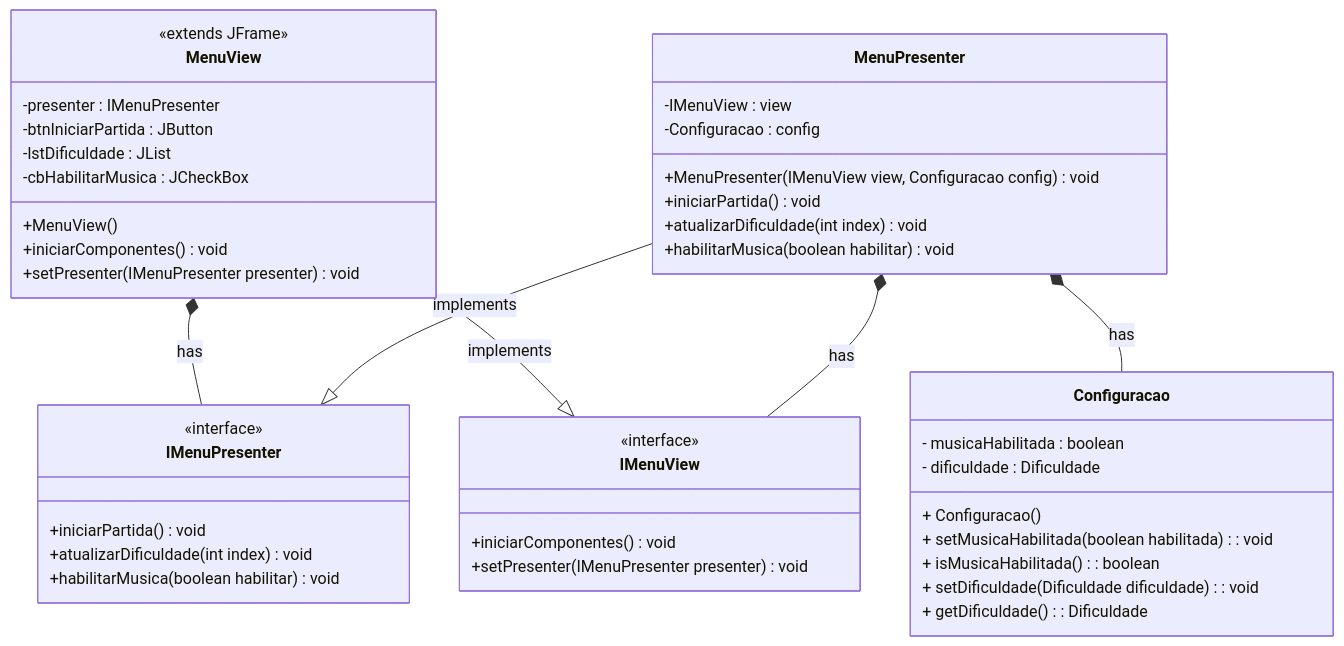
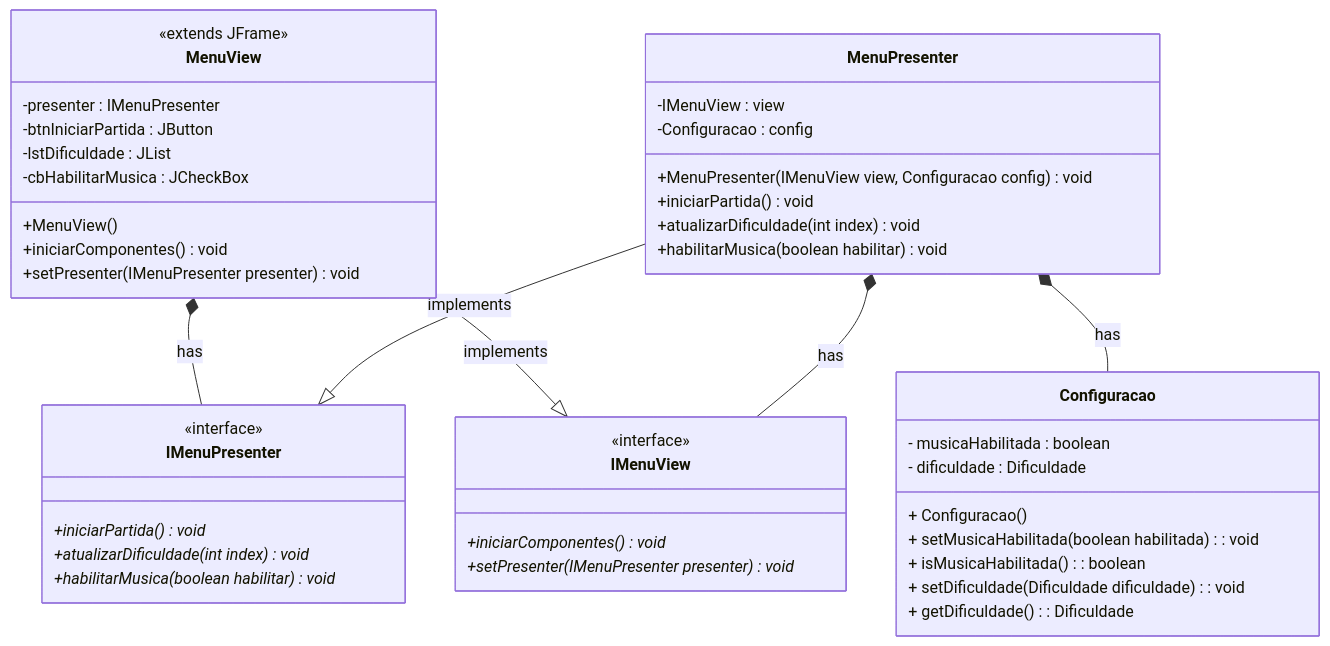
Before and after one commit to lucasttmz/jogo-reciclagem-aps: the first of 2 diagrams in docs/DiagramaMenu.md, drawn with Mermaid. The commit also changed 4 other files, not shown here.

Commit message:
Alteracoes do modelo refletidas nos diagramas

````diff
--- a/docs/DiagramaMenu.md
+++ b/docs/DiagramaMenu.md
@@ -3,48 +3,48 @@
 ```mermaid
 classDiagram 
 MenuView *-- IMenuPresenter : has
 MenuView --|> IMenuView : implements
 MenuPresenter *-- Configuracao : has
 MenuPresenter --|> IMenuPresenter : implements
 MenuPresenter *-- IMenuView : has
 
 class Configuracao{
     - musicaHabilitada : boolean
     - dificuldade : Dificuldade
     + Configuracao()
     + setMusicaHabilitada(boolean habilitada) : void
     + isMusicaHabilitada() : boolean
     + setDificuldade(Dificuldade dificuldade) : void
     + getDificuldade() : Dificuldade
 }
 class MenuView{ 
     <<extends JFrame>>
     -presenter : IMenuPresenter
     -btnIniciarPartida : JButton
     -lstDificuldade : JList
     -cbHabilitarMusica : JCheckBox
     +MenuView()
     +iniciarComponentes() void
     +setPresenter(IMenuPresenter presenter) void
 } 
 class IMenuView{ 
     <<interface>>
-    +iniciarComponentes() void
-    +setPresenter(IMenuPresenter presenter) void
+    +iniciarComponentes()* void
+    +setPresenter(IMenuPresenter presenter)* void
 }
 class MenuPresenter{
     -IMenuView : view
     -Configuracao : config
     +MenuPresenter(IMenuView view, Configuracao config) void
     +iniciarPartida() void
     +atualizarDificuldade(int index) void
     +habilitarMusica(boolean habilitar) void
 }
 class IMenuPresenter{
     <<interface>>
-    +iniciarPartida() void
-    +atualizarDificuldade(int index) void
-    +habilitarMusica(boolean habilitar) void
+    +iniciarPartida()* void
+    +atualizarDificuldade(int index)* void
+    +habilitarMusica(boolean habilitar)* void
 }
 
 ```
````
